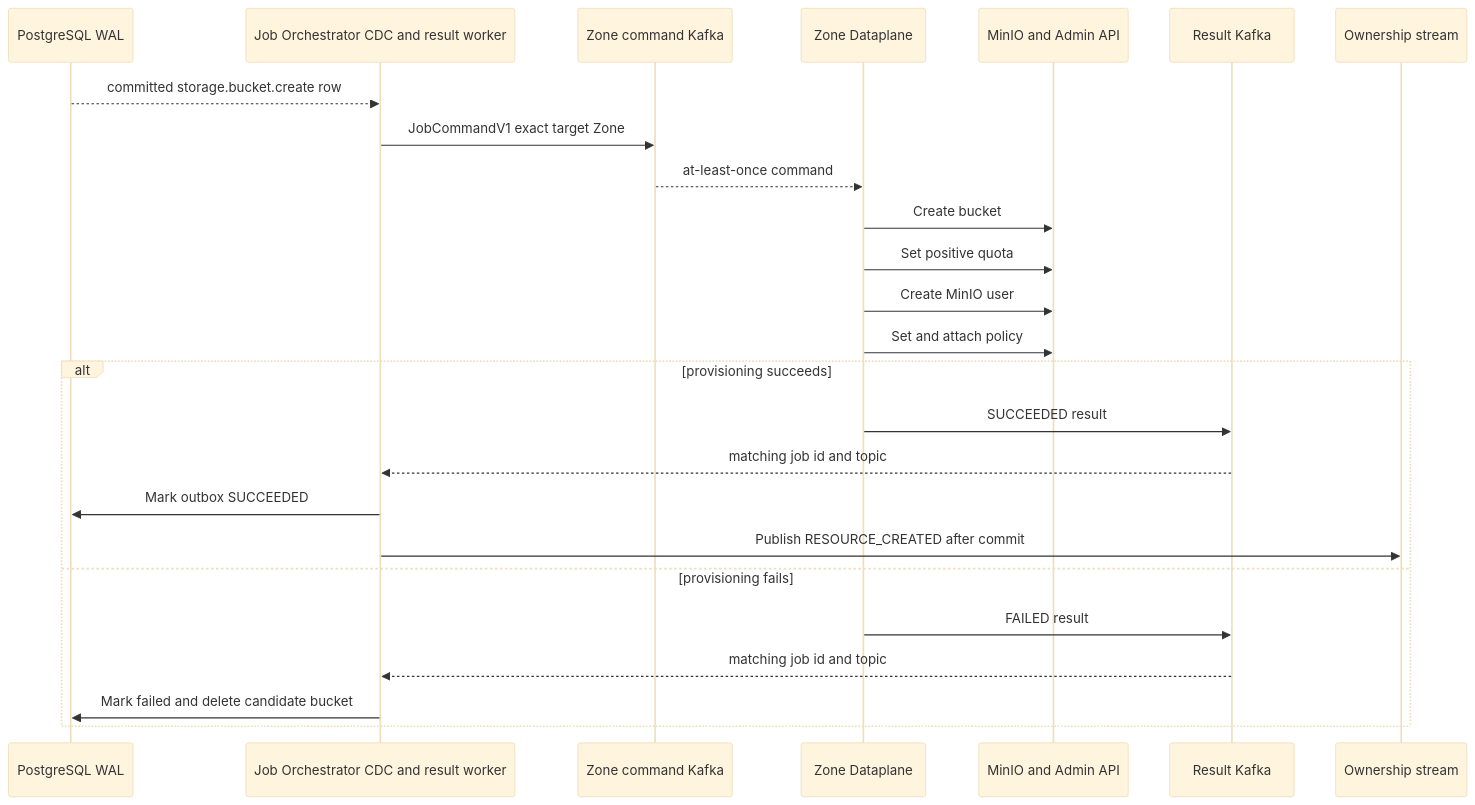
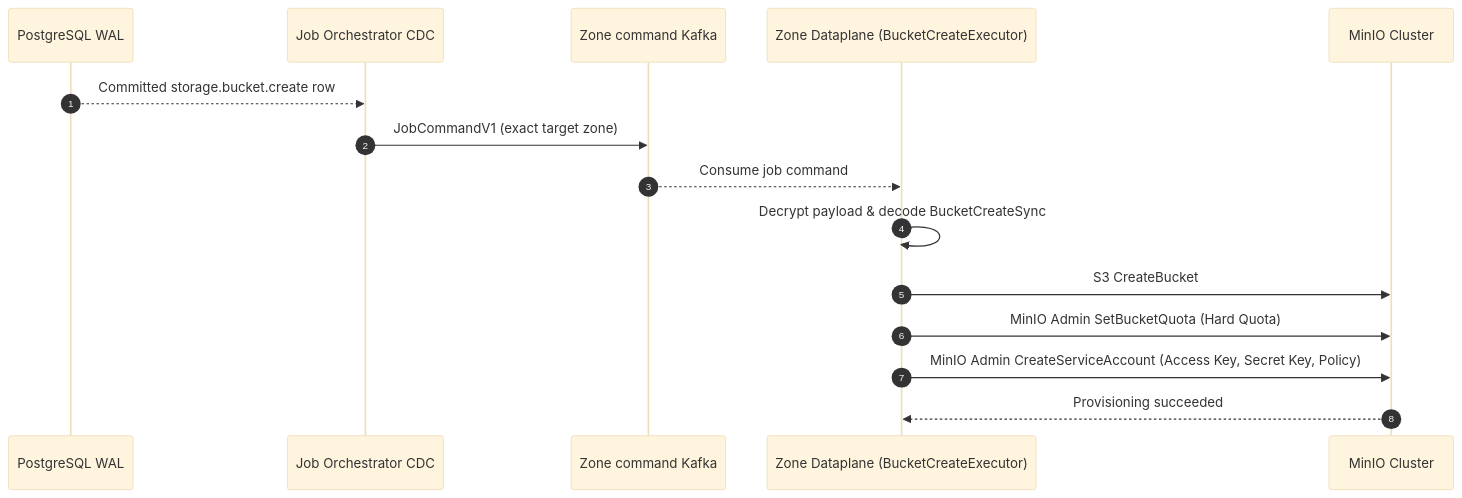
Before and after one commit to phucle996/aurora: the third of 6 diagrams in god_view/storage/personal_bucket_create_god_view_workflow.md, drawn with Mermaid (base theme). The commit also changed other lines of this file and 43 other files, not shown here.

````diff
--- a/god_view/storage/personal_bucket_create_god_view_workflow.md
+++ b/god_view/storage/personal_bucket_create_god_view_workflow.md
@@ -187,28 +186,18 @@
 ```mermaid
 sequenceDiagram
+    autonumber
     participant PG as PostgreSQL WAL
-    participant JO as Job Orchestrator CDC and result worker
+    participant JO as Job Orchestrator CDC
     participant KC as Zone command Kafka
-    participant DP as Zone Dataplane
-    participant M as MinIO and Admin API
-    participant KR as Result Kafka
-    participant O as Ownership stream
+    participant DP as Zone Dataplane (BucketCreateExecutor)
+    participant M as MinIO Cluster
 
-    PG-->>JO: committed storage.bucket.create row
-    JO->>KC: JobCommandV1 exact target Zone
-    KC-->>DP: at-least-once command
-    DP->>M: Create bucket
-    DP->>M: Set positive quota
-    DP->>M: Create MinIO user
-    DP->>M: Set and attach policy
-    alt provisioning succeeds
-        DP->>KR: SUCCEEDED result
-        KR-->>JO: matching job id and topic
-        JO->>PG: Mark outbox SUCCEEDED
-        JO->>O: Publish RESOURCE_CREATED after commit
-    else provisioning fails
-        DP->>KR: FAILED result
-        KR-->>JO: matching job id and topic
-        JO->>PG: Mark failed and delete candidate bucket
-    end
+    PG-->>JO: Committed storage.bucket.create row
+    JO->>KC: JobCommandV1 (exact target zone)
+    KC-->>DP: Consume job command
+    DP->>DP: Decrypt payload & decode BucketCreateSync
+    DP->>M: S3 CreateBucket
+    DP->>M: MinIO Admin SetBucketQuota (Hard Quota)
+    DP->>M: MinIO Admin CreateServiceAccount (Access Key, Secret Key, Policy)
+    M-->>DP: Provisioning succeeded
 ```
````
